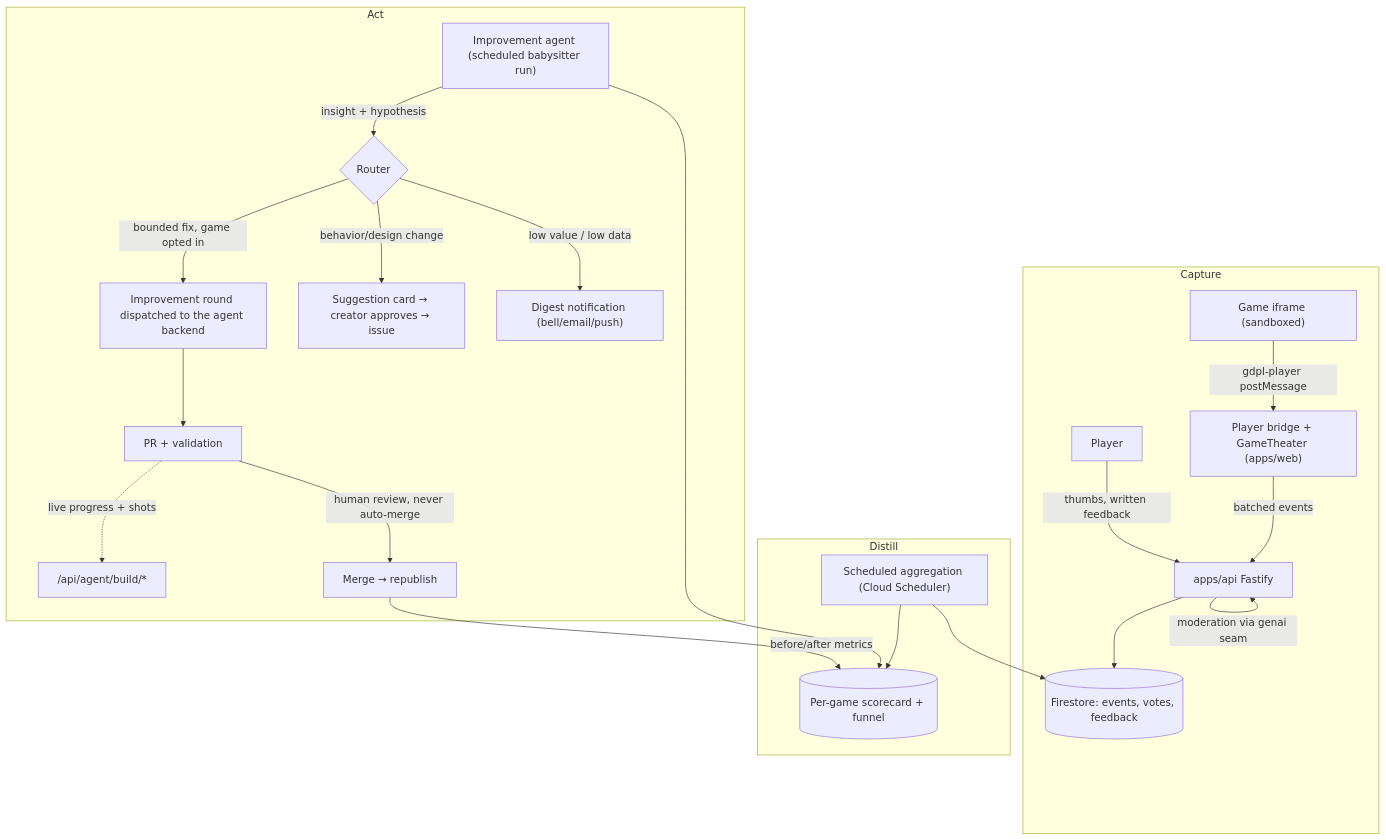
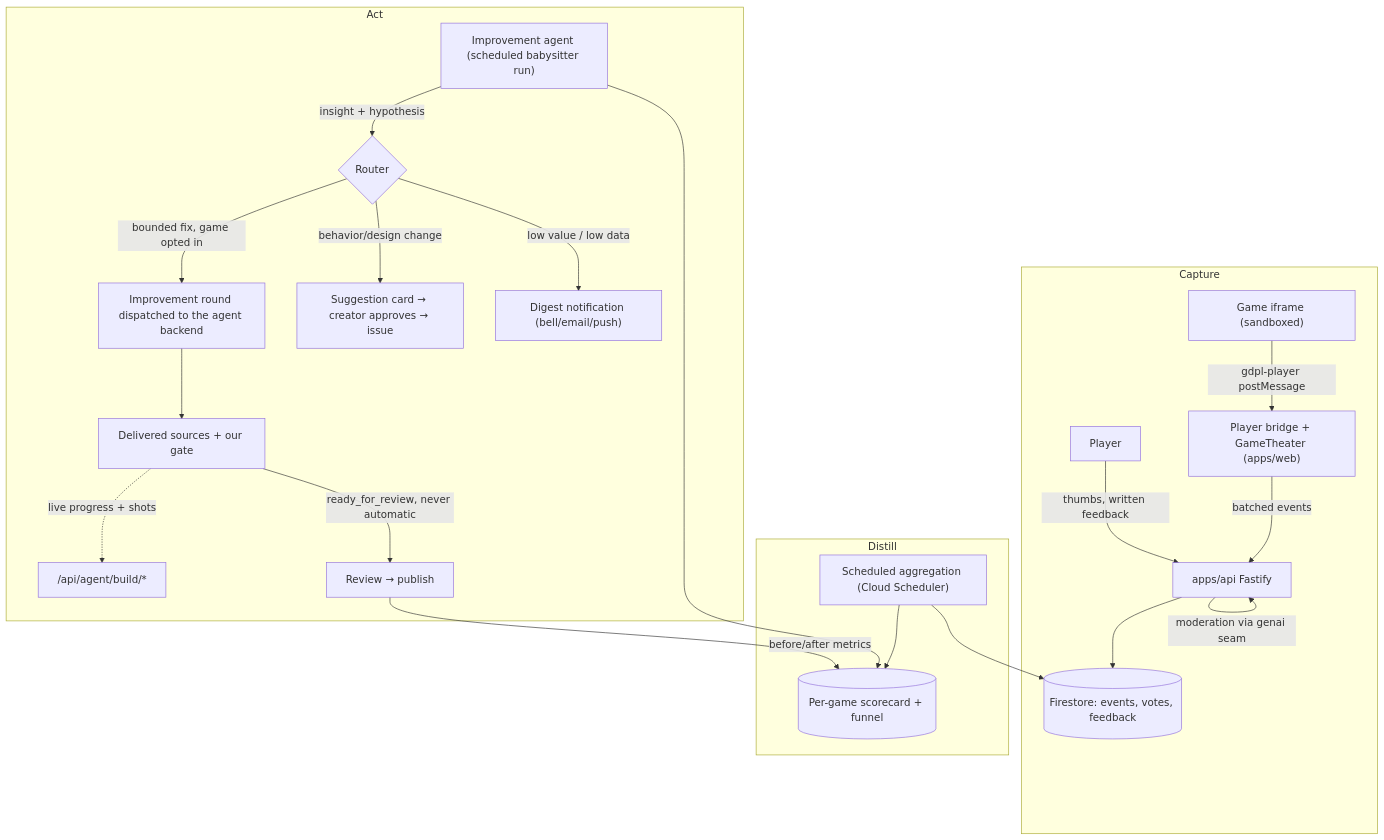
One commit to gamedevpl/www.gamedev.pl changed the diagram in docs/improvement-loop-plan.md. Above: the diagram before and after it, drawn with Mermaid. The commit also changed other lines of this file and 11 other files, not shown here.

````diff
--- a/docs/improvement-loop-plan.md
+++ b/docs/improvement-loop-plan.md
@@ -242,28 +242,28 @@
 ```mermaid
 flowchart TD
     subgraph Capture
       IF["Game iframe (sandboxed)"] -->|"gdpl-player postMessage"| Shell["Player bridge + GameTheater (apps/web)"]
       Shell -->|batched events| API["apps/api Fastify"]
       U[Player] -->|thumbs, written feedback| API
       API -->|moderation via genai seam| API
       API --> FS[("Firestore: events, votes, feedback")]
     end
 
     subgraph Distill
       CRON["Scheduled aggregation (Cloud Scheduler)"] --> FS
       CRON --> AGG[("Per-game scorecard + funnel")]
     end
 
     subgraph Act
       LOOP["Improvement agent (scheduled babysitter run)"] --> AGG
       LOOP -->|insight + hypothesis| ROUTE{Router}
       ROUTE -->|"bounded fix, game opted in"| ISSUE["Improvement round dispatched to the agent backend"]
       ROUTE -->|behavior/design change| SUGG["Suggestion card → creator approves → issue"]
       ROUTE -->|low value / low data| DIGEST["Digest notification (bell/email/push)"]
-      ISSUE --> PR["PR + validation"]
+      ISSUE --> PR["Delivered sources + our gate"]
       PR -.->|live progress + shots| CH["/api/agent/build/*"]
-      PR -->|human review, never auto-merge| MERGE["Merge → republish"]
+      PR -->|ready_for_review, never automatic| MERGE["Review → publish"]
     end
 
     MERGE -->|before/after metrics| AGG
 ```
````
